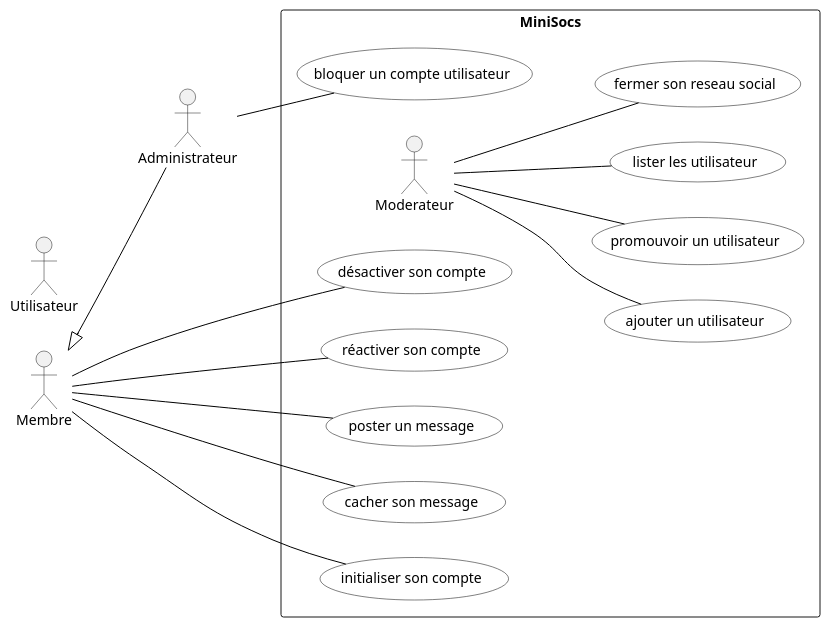
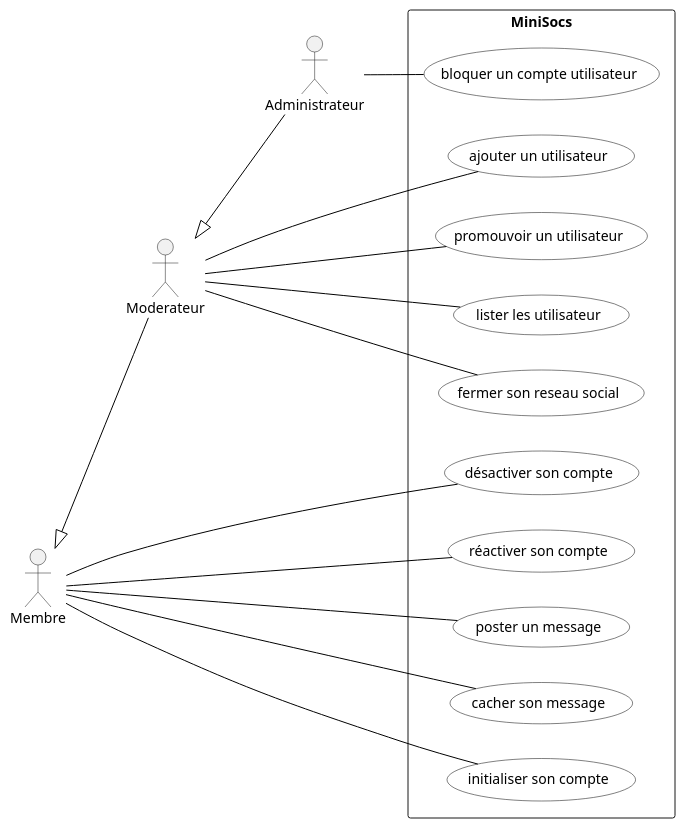
One commit to ThELud0/Minisocs changed the diagram in Diagrammes/minisocs_uml_diag_cas_utilisation.pu. Above: the diagram before and after it, drawn with PlantUML. The commit also changed 2 other files, not shown here.

Commit message:
modif diagramme cas d'utilisation

```diff
--- a/Diagrammes/minisocs_uml_diag_cas_utilisation.pu
+++ b/Diagrammes/minisocs_uml_diag_cas_utilisation.pu
@@ -1,35 +1,36 @@
 @startuml
 
 'Diagramme de cas d'utilisation (PlantUML)'
 
 'Configuration charte graphique'
 skinparam usecase {
 BackgroundColor White
 BorderColor Black
 ArrowColor Black
 ActorBackgroundColor<< Human >> Gold
 }
 
 left to right direction
 
 'Déclaration des acteurs :'
 actor Administrateur
-actor Utilisateur	
-Membre <|-- Administrateur
-
+actor Moderateur
+actor Membre
+Moderateur <|-- Administrateur
+Membre <|-- Moderateur
 'Déclaration des cas d'utilisation dans le système'
 rectangle "MiniSocs" {
 
 :Administrateur: -- (bloquer un compte utilisateur)
 :Moderateur: -- (ajouter un utilisateur)
 :Moderateur: -- (promouvoir un utilisateur)
 :Moderateur: -- (lister les utilisateur)
 :Moderateur: -- (fermer son reseau social)
 :Membre:    -- (désactiver son compte)
 :Membre:    -- (réactiver son compte)
 :Membre:    -- (poster un message)
 :Membre:    -- (cacher son message)
 :Membre:    -- (initialiser son compte)
 }
 
 @enduml
```
